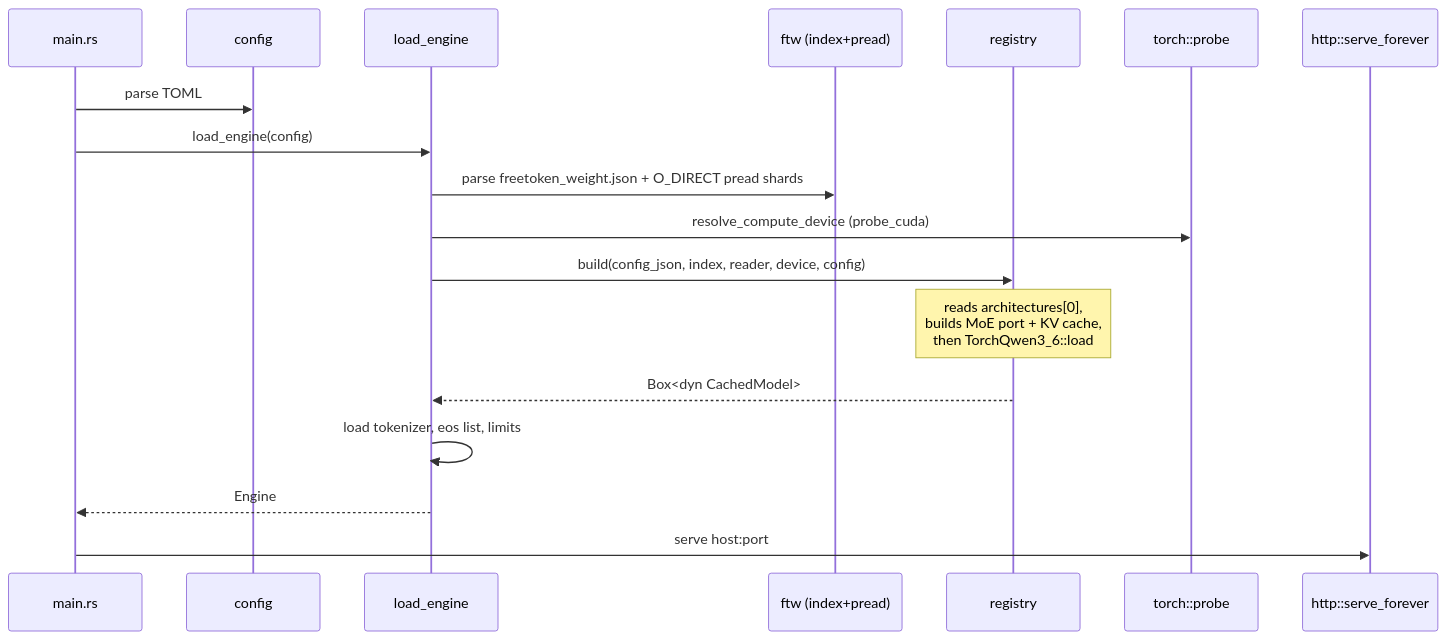
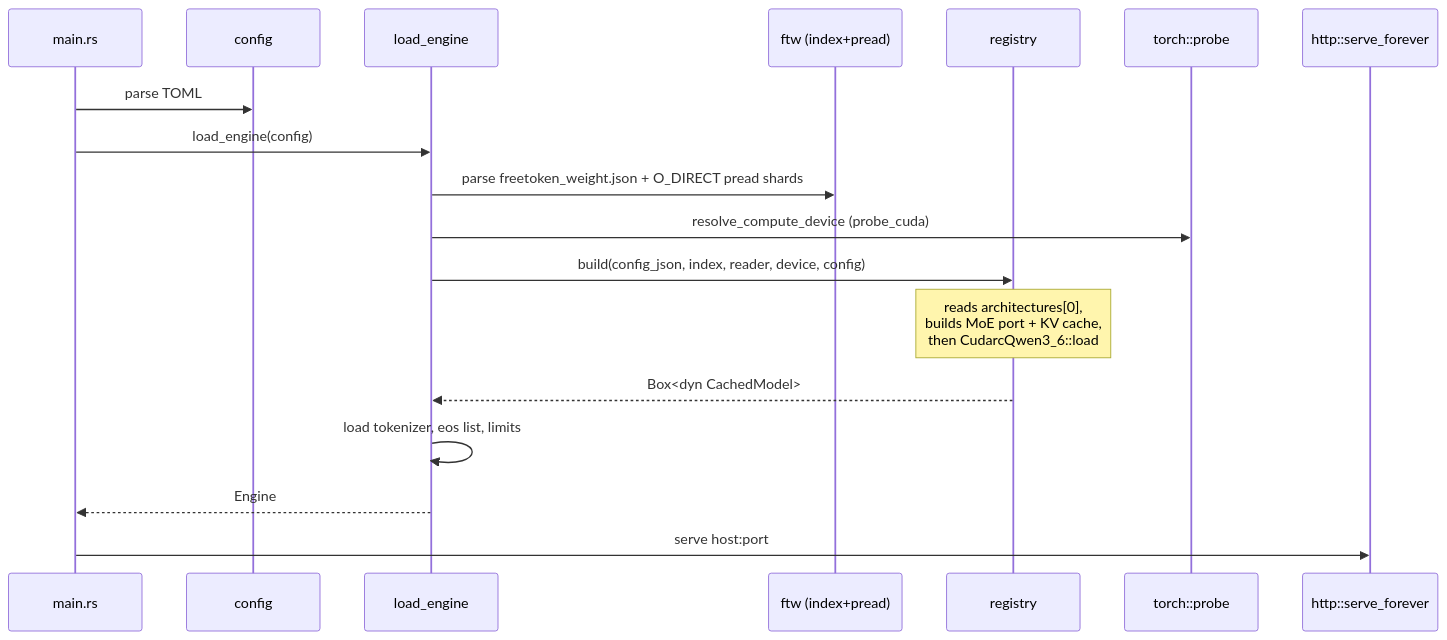
The fourth of 15 diagrams in ARCHITECTURE.md (butzist/ferrum-torrens), drawn with Mermaid before and after one commit. The commit also changed other lines of this file and 65 other files, not shown here.

````diff
--- a/ARCHITECTURE.md
+++ b/ARCHITECTURE.md
@@ -279,20 +269,20 @@
 ```mermaid
 sequenceDiagram
   participant Main as main.rs
   participant Cfg as config
   participant Eng as load_engine
   participant FTW as ftw (index+pread)
   participant Reg as registry
   participant Dev as torch::probe
   participant Http as http::serve_forever
   Main->>Cfg: parse TOML
   Main->>Eng: load_engine(config)
   Eng->>FTW: parse freetoken_weight.json + O_DIRECT pread shards
   Eng->>Dev: resolve_compute_device (probe_cuda)
   Eng->>Reg: build(config_json, index, reader, device, config)
-  Note over Reg: reads architectures[0],<br/>builds MoE port + KV cache,<br/>then TorchQwen3_6::load
+  Note over Reg: reads architectures[0],<br/>builds MoE port + KV cache,<br/>then CudarcQwen3_6::load
   Reg-->>Eng: Box<dyn CachedModel>
   Eng->>Eng: load tokenizer, eos list, limits
   Eng-->>Main: Engine
   Main->>Http: serve host:port
 ```
````
